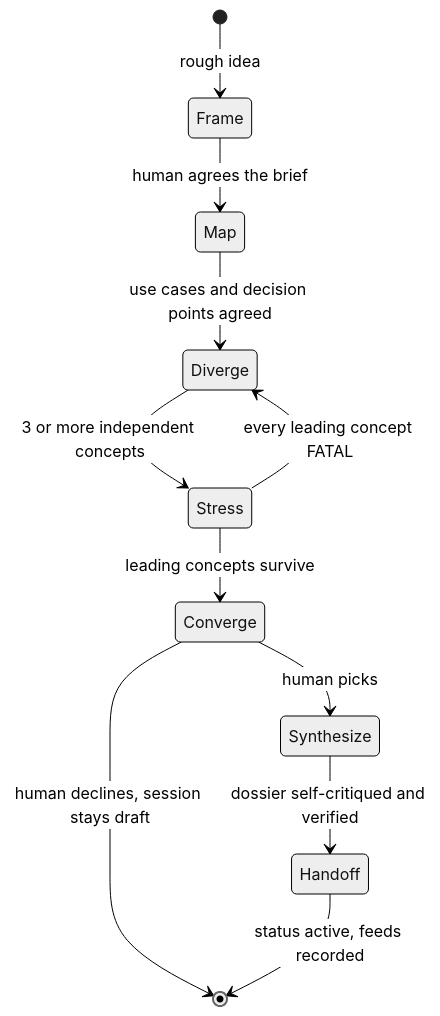
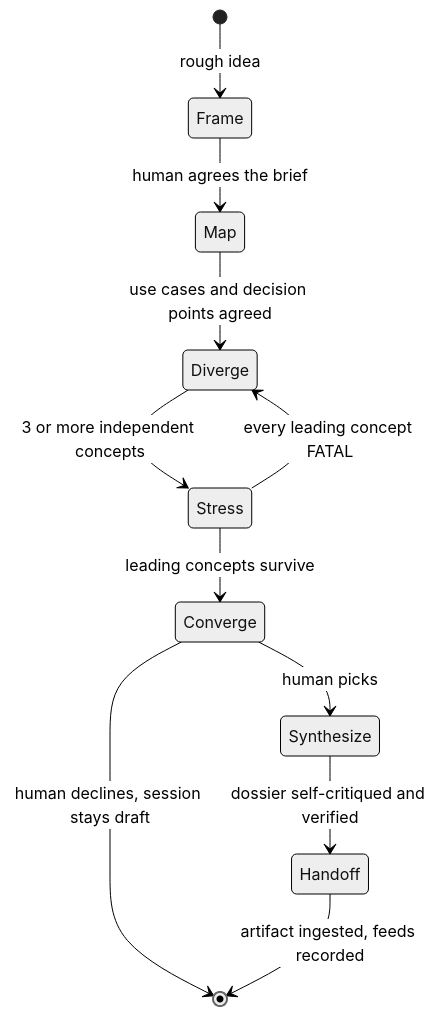
The diagram in skills/executor-brainstorm/SKILL.md (Atri10/executor), drawn with Mermaid (neutral theme) before and after one commit. The commit also changed other lines of this file and 40 other files, not shown here.

````diff
--- a/skills/executor-brainstorm/SKILL.md
+++ b/skills/executor-brainstorm/SKILL.md
@@ -55,13 +58,13 @@
 ```mermaid
 stateDiagram-v2
     [*] --> Frame : rough idea
     Frame --> Map : human agrees the brief
     Map --> Diverge : use cases and decision points agreed
     Diverge --> Stress : 3 or more independent concepts
     Stress --> Diverge : every leading concept FATAL
     Stress --> Converge : leading concepts survive
     Converge --> Synthesize : human picks
     Converge --> [*] : human declines, session stays draft
     Synthesize --> Handoff : dossier self-critiqued and verified
-    Handoff --> [*] : status active, feeds recorded
+    Handoff --> [*] : artifact ingested, feeds recorded
 ```
````
